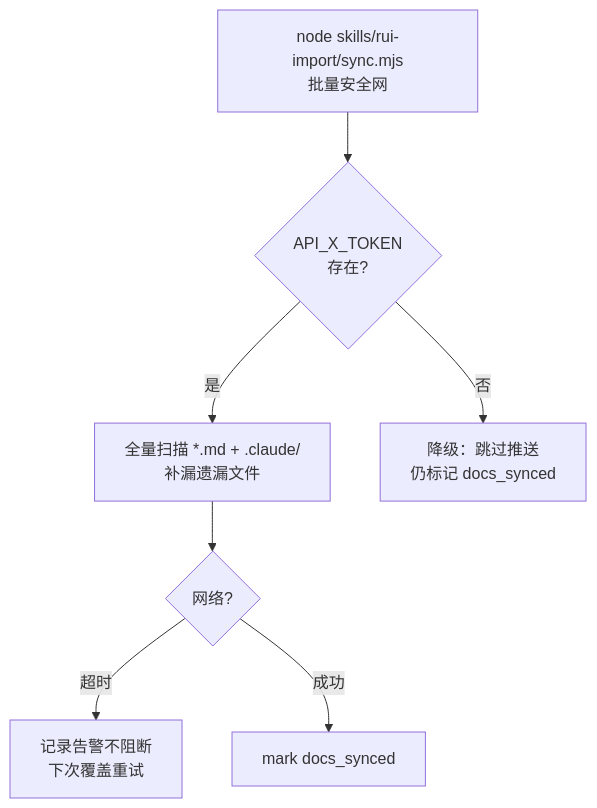
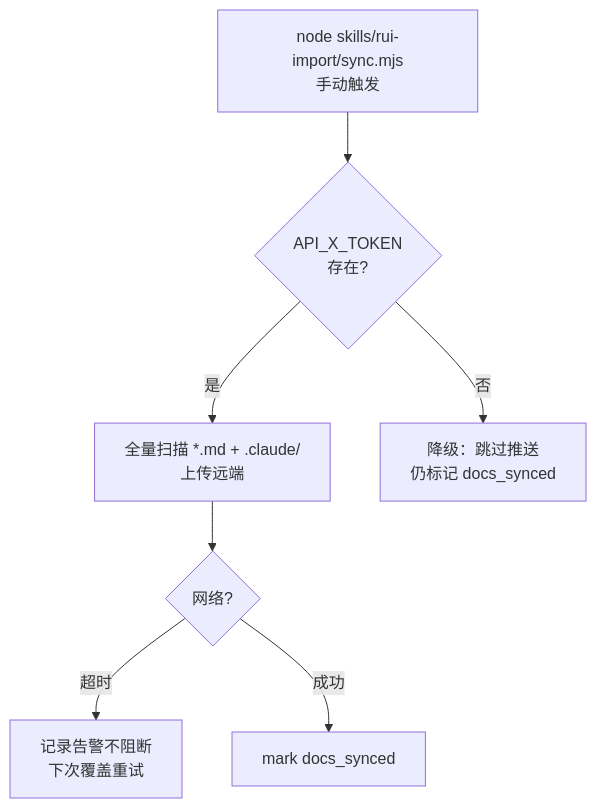
One commit to effiy/YrY changed the third of 6 diagrams in rules/delivery-gate.md. Above: the diagram before and after it, drawn with Mermaid. The commit also changed other lines of this file and 37 other files, not shown here.

````diff
--- a/rules/delivery-gate.md
+++ b/rules/delivery-gate.md
@@ -96,10 +103,10 @@
 ```mermaid
 flowchart TD
-    SYNC["node skills/rui-import/sync.mjs<br/>批量安全网"]:::step --> Q1{"API_X_TOKEN<br/>存在?"}
-    Q1 -->|"是"| PUSH["全量扫描 *.md + .claude/<br/>补漏遗漏文件"]:::push
+    SYNC["node skills/rui-import/sync.mjs<br/>手动触发"]:::step --> Q1{"API_X_TOKEN<br/>存在?"}
+    Q1 -->|"是"| PUSH["全量扫描 *.md + .claude/<br/>上传远端"]:::push
     Q1 -->|"否"| NOOP["降级：跳过推送<br/>仍标记 docs_synced"]:::warn
     PUSH --> Q2{"网络?"}
     Q2 -->|"超时"| WARN["记录告警不阻断<br/>下次覆盖重试"]:::warn
     Q2 -->|"成功"| MARK["mark docs_synced"]:::mark
 
 ```
````
